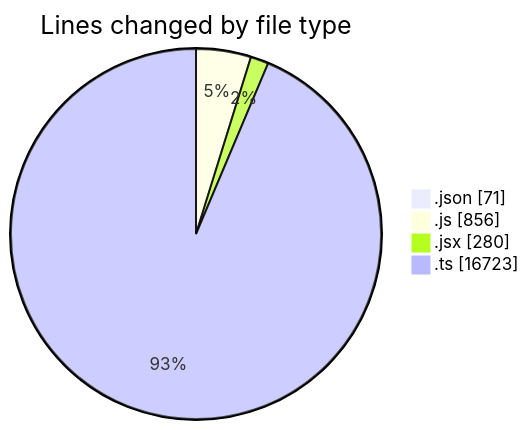
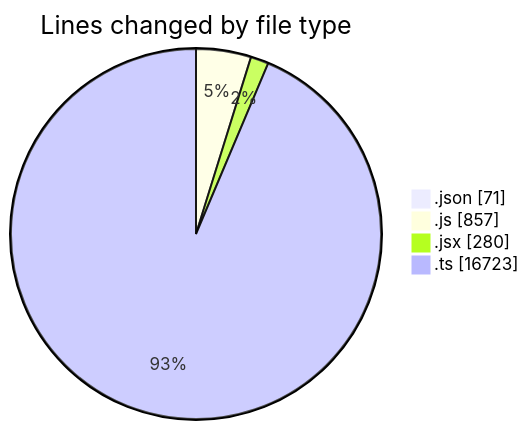
Before and after one commit to momahboobian/code-tracking: the first of 2 diagrams in 2025-05-13/cda/README.md, drawn with Mermaid. The commit also changed other lines of this file and 1 other file, not shown here.

````diff
--- a/2025-05-13/cda/README.md
+++ b/2025-05-13/cda/README.md
@@ -31,8 +31,8 @@
 ```mermaid
 pie showData
 title Lines changed by file type
 ".json" : 71
-".js" : 856
+".js" : 857
 ".jsx" : 280
 ".ts" : 16723
 ```
````
